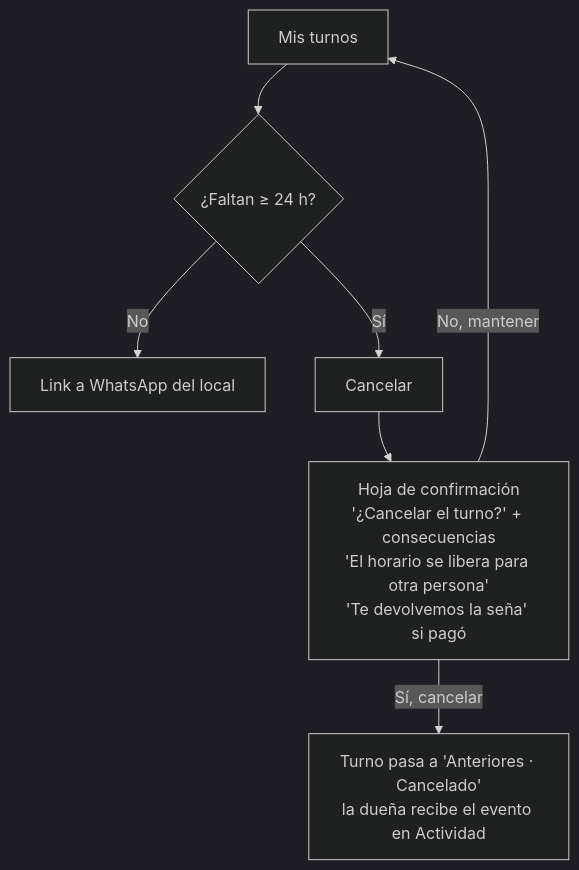
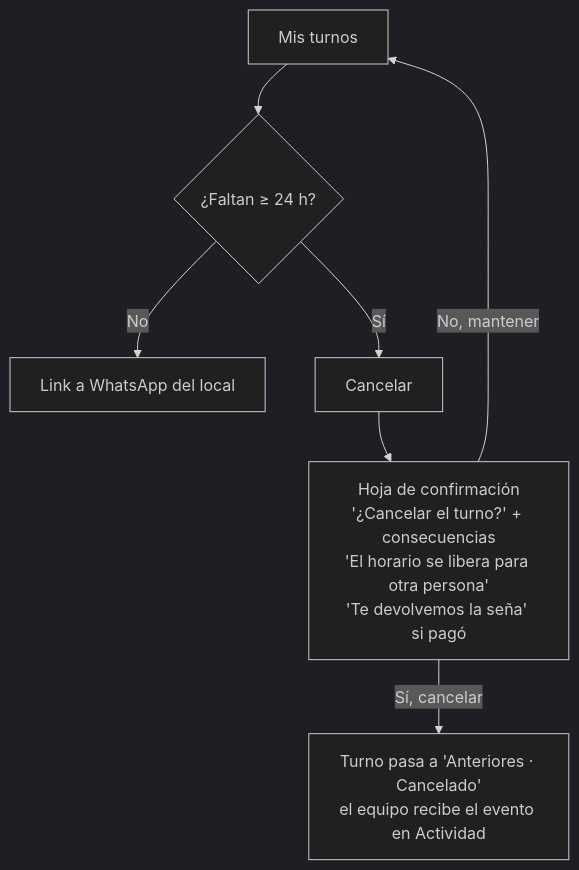
The sixth of 12 diagrams in docs/user-flows.md (andreamperezp/Filo), drawn with Mermaid (dark theme) before and after one commit. The commit also changed other lines of this file and 59 other files, not shown here.

````diff
--- a/docs/user-flows.md
+++ b/docs/user-flows.md
@@ -116,8 +124,8 @@
 ```mermaid
 flowchart TD
   A[Mis turnos] --> B{¿Faltan ≥ 24 h?}
   B -- No --> W[Link a WhatsApp del local]
   B -- Sí --> C[Cancelar] --> D[Hoja de confirmación<br/>'¿Cancelar el turno?' + consecuencias<br/>'El horario se libera para otra persona'<br/>'Te devolvemos la seña' si pagó]
   D -- No, mantener --> A
-  D -- Sí, cancelar --> E[Turno pasa a 'Anteriores · Cancelado'<br/>la dueña recibe el evento en Actividad]
+  D -- Sí, cancelar --> E[Turno pasa a 'Anteriores · Cancelado'<br/>el equipo recibe el evento en Actividad]
 ```
````
